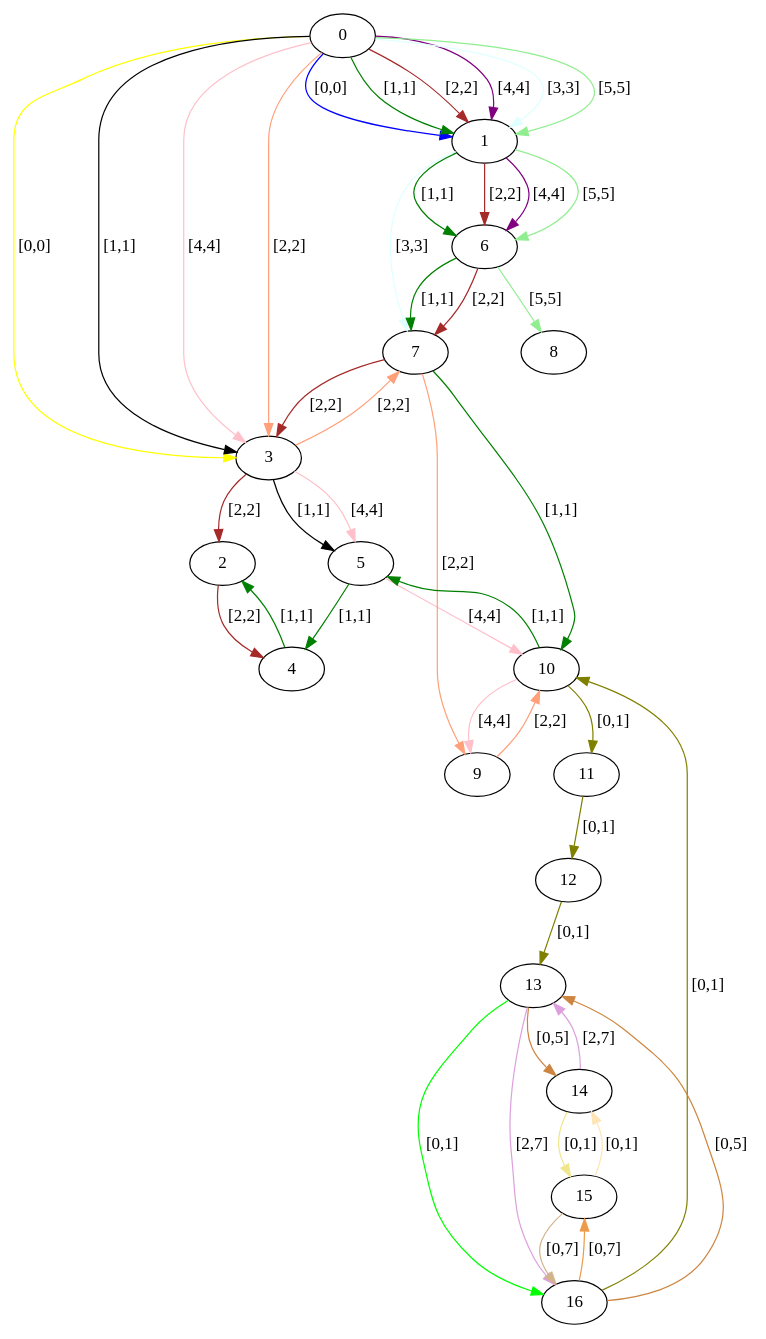
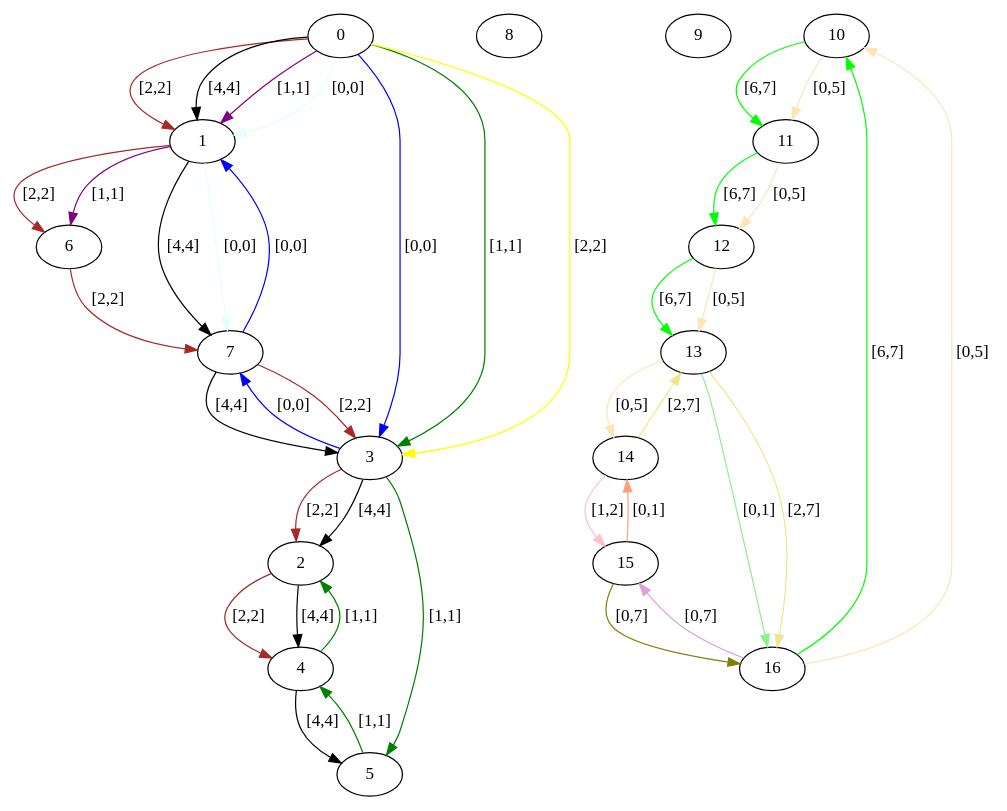
Before and after one commit to Hebbe1234/ExpectAll: the diagram in src/assignedGraphs/assigned.dot, drawn with Graphviz. The commit also changed 3 other files, not shown here.

```diff
--- a/src/assignedGraphs/assigned.dot
+++ b/src/assignedGraphs/assigned.dot
@@ -1,64 +1,59 @@
 digraph  {
 0 [label=0];
 1 [label=1];
 2 [label=2];
 3 [label=3];
 4 [label=4];
 5 [label=5];
 6 [label=6];
 7 [label=7];
 8 [label=8];
 9 [label=9];
 10 [label=10];
 11 [label=11];
 12 [label=12];
 13 [label=13];
 14 [label=14];
 15 [label=15];
 16 [label=16];
-0 -> 1  [color=blue, key=0, label="[0,0]"];
-0 -> 1  [color=green, key=1, label="[1,1]"];
-0 -> 1  [color=brown, key=2, label="[2,2]"];
-0 -> 1  [color=purple, key=3, label="[4,4]"];
-0 -> 1  [color=lightcyan, key=4, label="[3,3]"];
-0 -> 1  [color=lightgreen, key=5, label="[5,5]"];
-0 -> 3  [color=yellow, key=0, label="[0,0]"];
-0 -> 3  [color=black, key=1, label="[1,1]"];
-0 -> 3  [color=pink, key=2, label="[4,4]"];
-0 -> 3  [color=lightsalmon, key=3, label="[2,2]"];
-1 -> 6  [color=green, key=0, label="[1,1]"];
-1 -> 6  [color=brown, key=1, label="[2,2]"];
-1 -> 6  [color=purple, key=2, label="[4,4]"];
-1 -> 6  [color=lightgreen, key=3, label="[5,5]"];
-1 -> 7  [color=lightcyan, key=0, label="[3,3]"];
+0 -> 3  [color=blue, key=0, label="[0,0]"];
+0 -> 3  [color=green, key=1, label="[1,1]"];
+0 -> 3  [color=yellow, key=2, label="[2,2]"];
+0 -> 1  [color=brown, key=0, label="[2,2]"];
+0 -> 1  [color=black, key=1, label="[4,4]"];
+0 -> 1  [color=purple, key=2, label="[1,1]"];
+0 -> 1  [color=lightcyan, key=3, label="[0,0]"];
+1 -> 6  [color=brown, key=0, label="[2,2]"];
+1 -> 6  [color=purple, key=1, label="[1,1]"];
+1 -> 7  [color=black, key=0, label="[4,4]"];
+1 -> 7  [color=lightcyan, key=1, label="[0,0]"];
 2 -> 4  [color=brown, key=0, label="[2,2]"];
+2 -> 4  [color=black, key=1, label="[4,4]"];
+3 -> 7  [color=blue, key=0, label="[0,0]"];
+3 -> 5  [color=green, key=0, label="[1,1]"];
 3 -> 2  [color=brown, key=0, label="[2,2]"];
-3 -> 5  [color=black, key=0, label="[1,1]"];
-3 -> 5  [color=pink, key=1, label="[4,4]"];
-3 -> 7  [color=lightsalmon, key=0, label="[2,2]"];
+3 -> 2  [color=black, key=1, label="[4,4]"];
 4 -> 2  [color=green, key=0, label="[1,1]"];
+4 -> 5  [color=black, key=0, label="[4,4]"];
 5 -> 4  [color=green, key=0, label="[1,1]"];
-5 -> 10  [color=pink, key=0, label="[4,4]"];
-6 -> 7  [color=green, key=0, label="[1,1]"];
-6 -> 7  [color=brown, key=1, label="[2,2]"];
-6 -> 8  [color=lightgreen, key=0, label="[5,5]"];
-7 -> 10  [color=green, key=0, label="[1,1]"];
+6 -> 7  [color=brown, key=0, label="[2,2]"];
+7 -> 1  [color=blue, key=0, label="[0,0]"];
 7 -> 3  [color=brown, key=0, label="[2,2]"];
-7 -> 9  [color=lightsalmon, key=0, label="[2,2]"];
-9 -> 10  [color=lightsalmon, key=0, label="[2,2]"];
-10 -> 5  [color=green, key=0, label="[1,1]"];
-10 -> 9  [color=pink, key=0, label="[4,4]"];
-10 -> 11  [color=olive, key=0, label="[0,1]"];
-11 -> 12  [color=olive, key=0, label="[0,1]"];
-12 -> 13  [color=olive, key=0, label="[0,1]"];
-13 -> 16  [color=lime, key=0, label="[0,1]"];
-13 -> 16  [color=plum, key=1, label="[2,7]"];
-13 -> 14  [color=peru, key=0, label="[0,5]"];
-14 -> 15  [color=khaki, key=0, label="[0,1]"];
-14 -> 13  [color=plum, key=0, label="[2,7]"];
-15 -> 14  [color=moccasin, key=0, label="[0,1]"];
-15 -> 16  [color=tan, key=0, label="[0,7]"];
-16 -> 10  [color=olive, key=0, label="[0,1]"];
-16 -> 13  [color=peru, key=0, label="[0,5]"];
-16 -> 15  [color=tan2, key=0, label="[0,7]"];
+7 -> 3  [color=black, key=1, label="[4,4]"];
+10 -> 11  [color=lime, key=0, label="[6,7]"];
+10 -> 11  [color=moccasin, key=1, label="[0,5]"];
+11 -> 12  [color=lime, key=0, label="[6,7]"];
+11 -> 12  [color=moccasin, key=1, label="[0,5]"];
+12 -> 13  [color=lime, key=0, label="[6,7]"];
+12 -> 13  [color=moccasin, key=1, label="[0,5]"];
+13 -> 16  [color=lightgreen, key=0, label="[0,1]"];
+13 -> 16  [color=khaki, key=1, label="[2,7]"];
+13 -> 14  [color=moccasin, key=0, label="[0,5]"];
+14 -> 15  [color=pink, key=0, label="[1,2]"];
+14 -> 13  [color=khaki, key=0, label="[2,7]"];
+15 -> 14  [color=lightsalmon, key=0, label="[0,1]"];
+15 -> 16  [color=olive, key=0, label="[0,7]"];
+16 -> 10  [color=lime, key=0, label="[6,7]"];
+16 -> 10  [color=moccasin, key=1, label="[0,5]"];
+16 -> 15  [color=plum, key=0, label="[0,7]"];
 }
```
